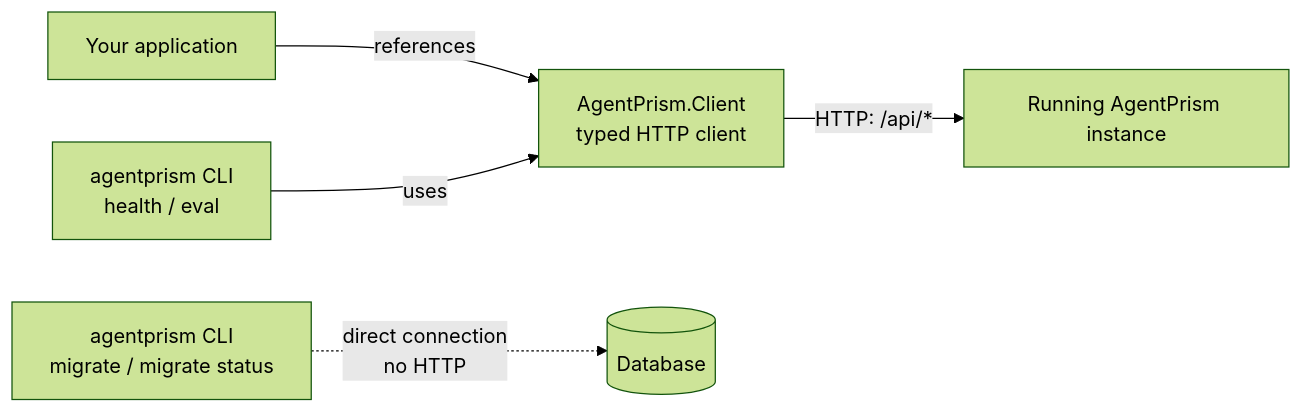
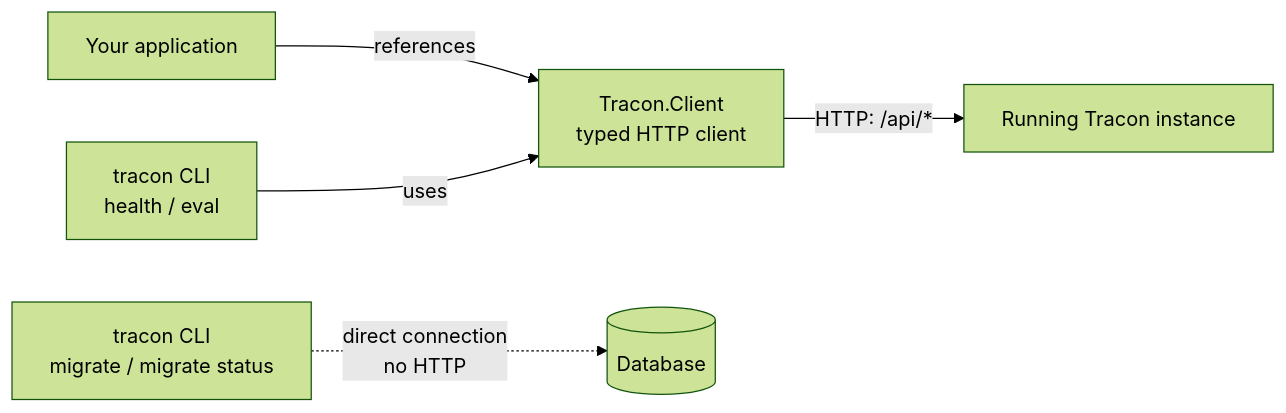
Before and after one commit to farukatasoy/Tracon: the diagram in docs-site/src/content/docs/guides/cli.md, drawn with Mermaid (forest theme). The commit also changed other lines of this file and 4535 other files, not shown here.

````diff
--- a/docs-site/src/content/docs/guides/cli.md
+++ b/docs-site/src/content/docs/guides/cli.md
@@ -10,9 +10,9 @@
 ```mermaid
 flowchart LR
-    accTitle: Two ways to reach a running AgentPrism instance
-    accDescr: A separate application references AgentPrism.Client directly over HTTP. The agentprism CLI wraps that same client for its health command, and talks to the database directly for migrate, because the application has not started yet at that point.
-    APP["Your application"] -->|"references"| CLIENT["AgentPrism.Client<br/>typed HTTP client"]
-    CLIENT -->|"HTTP: /api/*"| SERVER["Running AgentPrism instance"]
-    CLI["agentprism CLI<br/>health / eval"] -->|"uses"| CLIENT
-    CLI2["agentprism CLI<br/>migrate / migrate status"] -.->|"direct connection<br/>no HTTP"| DB[("Database")]
+    accTitle: Two ways to reach a running Tracon instance
+    accDescr: A separate application references Tracon.Client directly over HTTP. The tracon CLI wraps that same client for its health command, and talks to the database directly for migrate, because the application has not started yet at that point.
+    APP["Your application"] -->|"references"| CLIENT["Tracon.Client<br/>typed HTTP client"]
+    CLIENT -->|"HTTP: /api/*"| SERVER["Running Tracon instance"]
+    CLI["tracon CLI<br/>health / eval"] -->|"uses"| CLIENT
+    CLI2["tracon CLI<br/>migrate / migrate status"] -.->|"direct connection<br/>no HTTP"| DB[("Database")]
 ```
````
